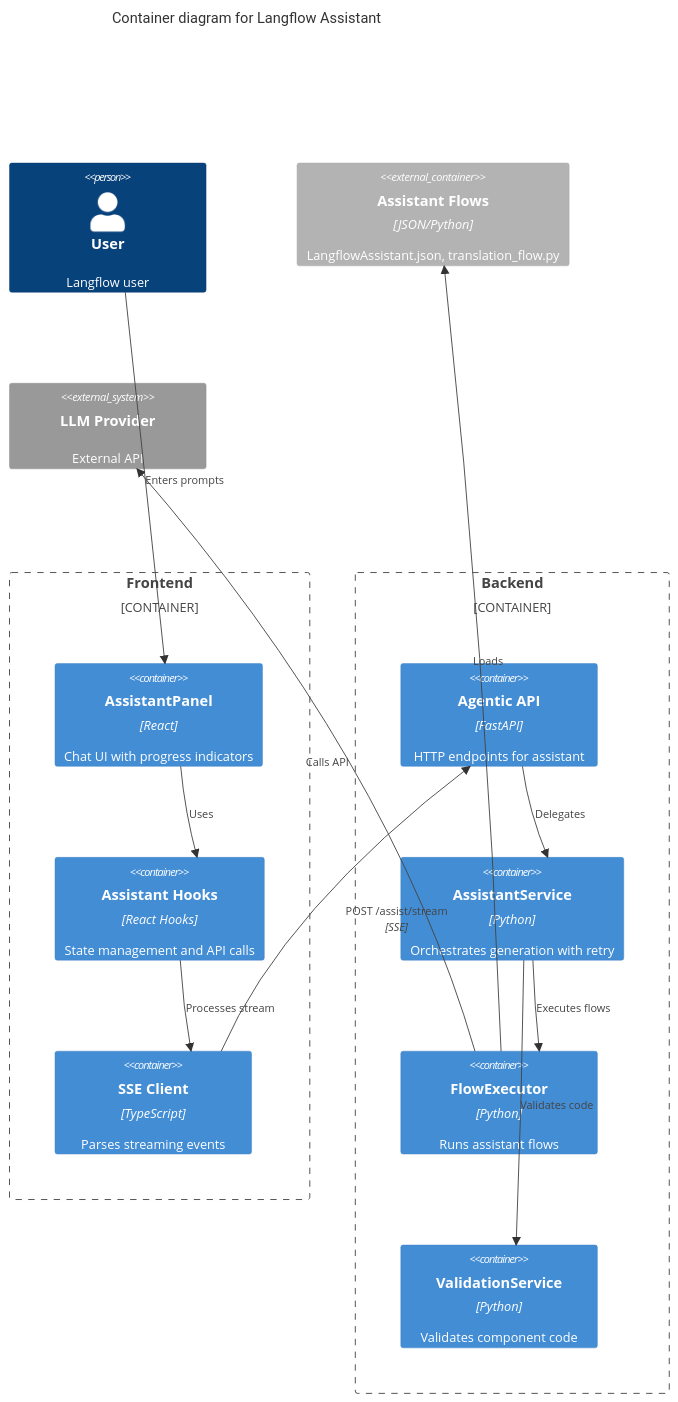
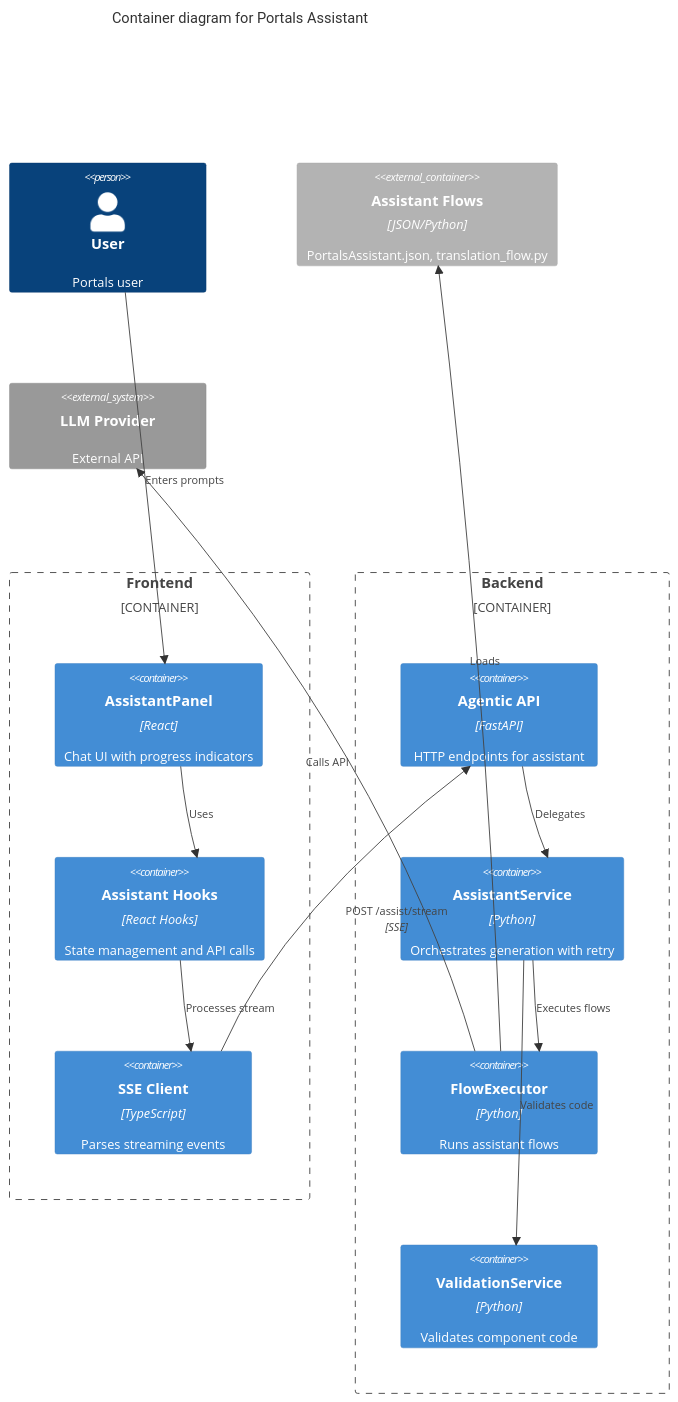
Before and after one commit to DigitalCreationsCo/cinematic-canvas: the second of 3 diagrams in docs/features/langflow-assistant.md, drawn with Mermaid. The commit also changed other lines of this file and 1261 other files, not shown here.

````diff
--- a/docs/features/langflow-assistant.md
+++ b/docs/features/langflow-assistant.md
@@ -996,32 +996,32 @@
 ```mermaid
 C4Container
-  title Container diagram for Langflow Assistant
+  title Container diagram for Portals Assistant
 
-  Person(user, "User", "Langflow user")
+  Person(user, "User", "Portals user")
 
   Container_Boundary(frontend, "Frontend") {
     Container(assistant_panel, "AssistantPanel", "React", "Chat UI with progress indicators")
     Container(assistant_hooks, "Assistant Hooks", "React Hooks", "State management and API calls")
     Container(sse_client, "SSE Client", "TypeScript", "Parses streaming events")
   }
 
   Container_Boundary(backend, "Backend") {
     Container(agentic_api, "Agentic API", "FastAPI", "HTTP endpoints for assistant")
     Container(assistant_service, "AssistantService", "Python", "Orchestrates generation with retry")
     Container(flow_executor, "FlowExecutor", "Python", "Runs assistant flows")
     Container(validation_service, "ValidationService", "Python", "Validates component code")
   }
 
-  Container_Ext(flows, "Assistant Flows", "JSON/Python", "LangflowAssistant.json, translation_flow.py")
+  Container_Ext(flows, "Assistant Flows", "JSON/Python", "PortalsAssistant.json, translation_flow.py")
   System_Ext(llm, "LLM Provider", "External API")
 
   Rel(user, assistant_panel, "Enters prompts")
   Rel(assistant_panel, assistant_hooks, "Uses")
   Rel(assistant_hooks, sse_client, "Processes stream")
   Rel(sse_client, agentic_api, "POST /assist/stream", "SSE")
   Rel(agentic_api, assistant_service, "Delegates")
   Rel(assistant_service, flow_executor, "Executes flows")
   Rel(assistant_service, validation_service, "Validates code")
   Rel(flow_executor, flows, "Loads")
   Rel(flow_executor, llm, "Calls API")
 ```
````
